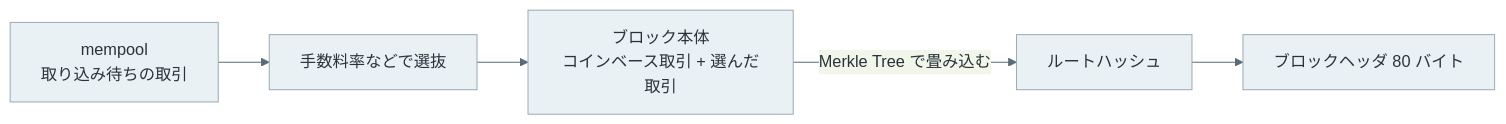
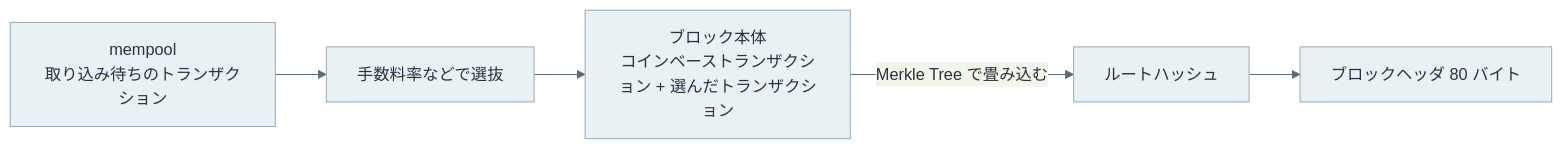
One commit to nao1215/debimate changed the fourth of 5 diagrams in content/notes/blockchain-systems/bitcoin-transaction-lifecycle/index.md. Above: the diagram before and after it, drawn with Mermaid. The commit also changed other lines of this file and 12 other files, not shown here.

````diff
--- a/content/notes/blockchain-systems/bitcoin-transaction-lifecycle/index.md
+++ b/content/notes/blockchain-systems/bitcoin-transaction-lifecycle/index.md
@@ -126,9 +126,9 @@
 ```mermaid
 %%{init: {"theme":"base","themeVariables":{"primaryColor":"#eaf1f5","primaryTextColor":"#28343b","primaryBorderColor":"#9cabb5","lineColor":"#596b76","textColor":"#28343b","actorBkg":"#eaf1f5","actorBorder":"#9cabb5","actorTextColor":"#28343b","actorLineColor":"#9cabb5","signalColor":"#596b76","signalTextColor":"#28343b","noteBkgColor":"#f7f1e5","noteBorderColor":"#c5b99b","noteTextColor":"#403c32","activationBkgColor":"#edf3ef","activationBorderColor":"#9aafa1"}}}%%
 flowchart LR
-    MP["mempool<br/>取り込み待ちの取引"] --> SEL["手数料率などで選抜"]
-    SEL --> BODY["ブロック本体<br/>コインベース取引 + 選んだ取引"]
+    MP["mempool<br/>取り込み待ちのトランザクション"] --> SEL["手数料率などで選抜"]
+    SEL --> BODY["ブロック本体<br/>コインベーストランザクション + 選んだトランザクション"]
     BODY -->|"Merkle Tree で畳み込む"| ROOT["ルートハッシュ"]
     ROOT --> HDR["ブロックヘッダ 80 バイト"]
     classDef default fill:#eaf1f5,stroke:#9cabb5,color:#28343b;
 ```
````
